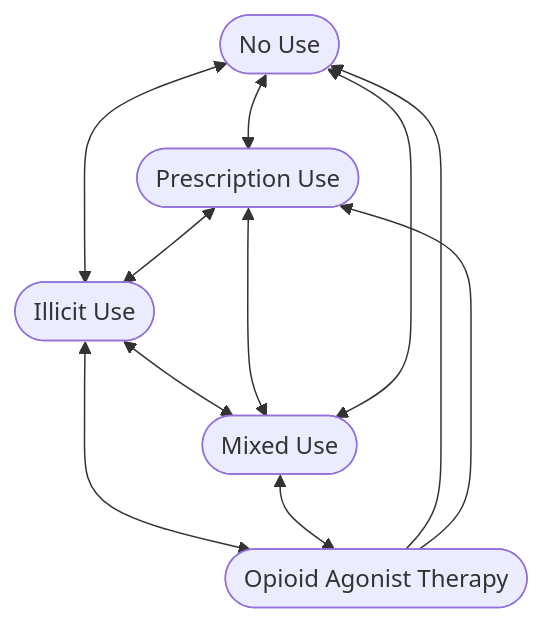
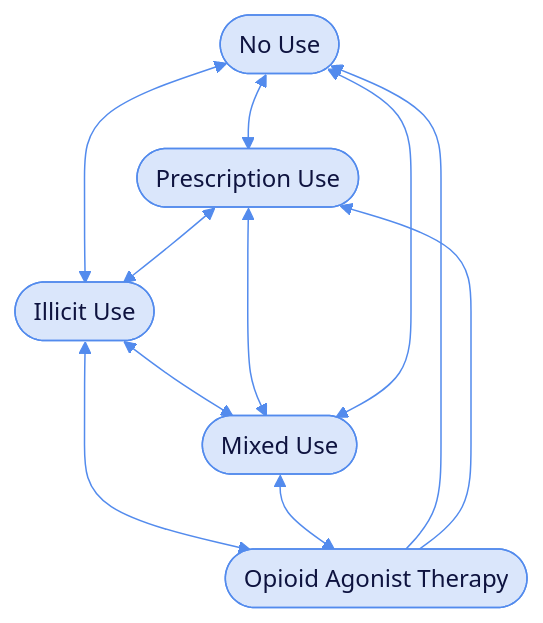
Before and after one commit to NoahBolohan/CAHSPR_2024_Poster: the second of 2 diagrams in poster_template.qmd, drawn with Mermaid. The commit also changed other lines of this file and 2 other files, not shown here.

Commit message:
Mermaid theme, new diagram, methods section

````diff
--- a/poster_template.qmd
+++ b/poster_template.qmd
@@ -65,21 +107,36 @@
 ```{mermaid}
 %%| fig-width: 11
 %%| fig-align: center
+%%{
+  init: {
+    'theme': 'base',
+    'themeVariables': {
+      'primaryColor': '#dae6fb',
+      'primaryTextColor': '#0e133f',
+      'primaryBorderColor': '#538bed',
+      'clusterBorder': '#538bed',
+      'titleColor': '#0e133f',
+      'lineColor': '#538bed',
+      'secondaryColor': '#243850',
+      'tertiaryColor': '#fff'
+    }
+  }
+}%%
 flowchart TD
     NoUse([No Use])
     IllicitUse([Illicit Use])
     MixedUse([Mixed Use])
     PrescriptionUse([Prescription Use])
     OAT([Opioid Agonist Therapy])
 
     NoUse <--> PrescriptionUse
     NoUse <--> IllicitUse
     PrescriptionUse <--> IllicitUse
     IllicitUse <--> MixedUse
     PrescriptionUse <--> MixedUse
     NoUse <--> MixedUse
     IllicitUse <--> OAT
     MixedUse <--> OAT
     OAT --> NoUse
     OAT --> PrescriptionUse
 ```
````
